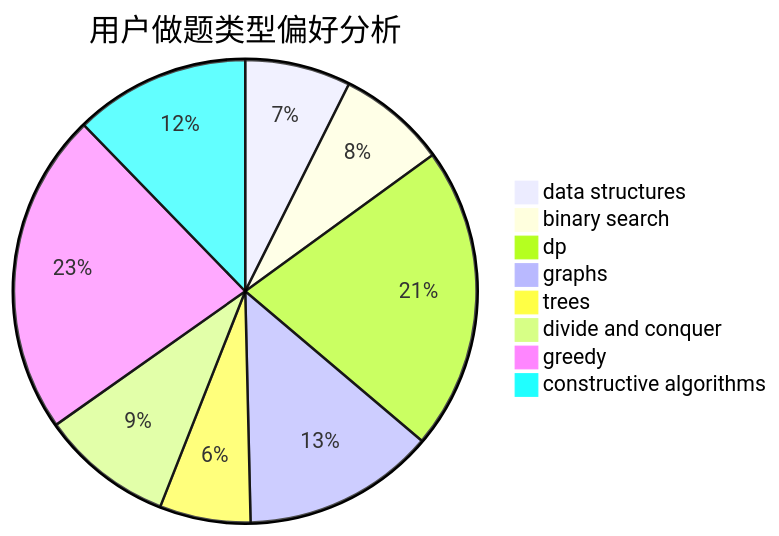
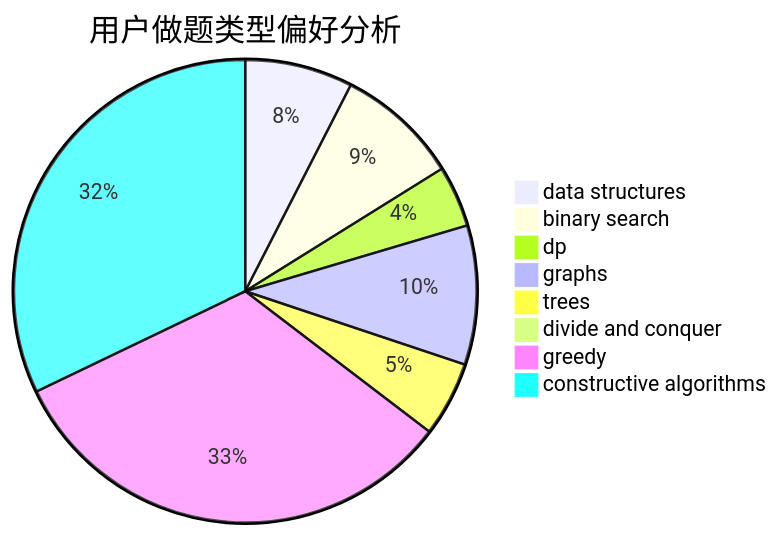
Before and after one commit to sherpahu/cfrs.github.io: the second of 3 diagrams in docs/user/u64.md, drawn with Mermaid. The commit also changed other lines of this file and 2770 other files, not shown here.

````diff
--- a/docs/user/u64.md
+++ b/docs/user/u64.md
@@ -23,11 +23,11 @@
 ```mermaid
 pie title 用户做题类型偏好分析
-    "data structures" :  100
-    "binary search" :  103
-    "dp" :  287
-    "graphs" :  182
-    "trees" :  86
-    "divide and conquer" :  125
-    "greedy" :  305
-    "constructive algorithms" :  166
+    "data structures" :  155
+    "binary search" :  177
+    "dp" :  88
+    "graphs" :  200
+    "trees" :  108
+    "divide and conquer" :  0
+    "greedy" :  669
+    "constructive algorithms" :  661
 ```
````
